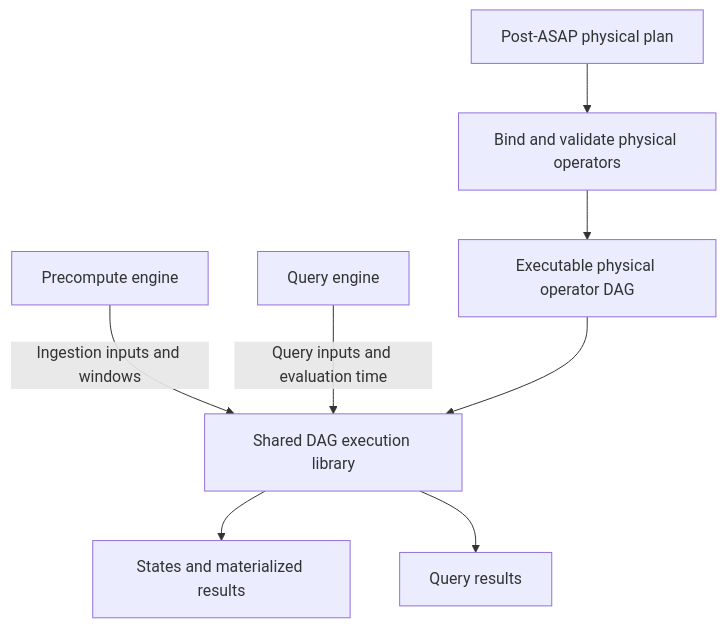
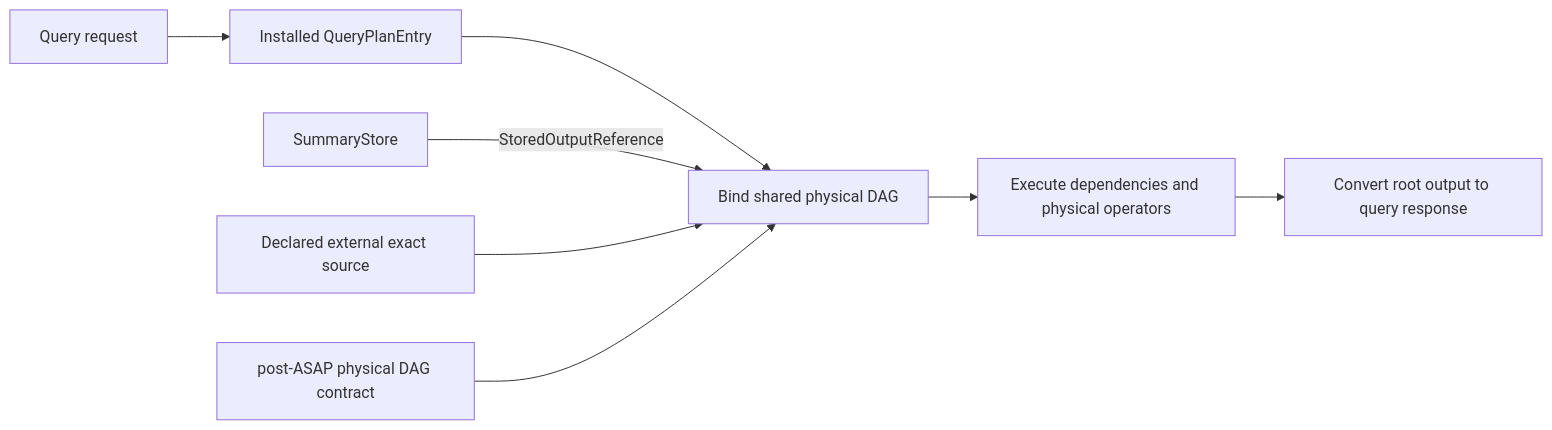
One commit to ProjectASAP/ASAPQuery-backend changed the diagram in docs/design_docs/query-dag-execution.md. Above: the diagram before and after it, drawn with Mermaid. The commit also changed other lines of this file and 16 other files, not shown here.

Commit message:
refactor: execute relation and temporal computations in Planner library

````diff
--- a/docs/design_docs/query-dag-execution.md
+++ b/docs/design_docs/query-dag-execution.md
@@ -70,10 +34,10 @@
 ```mermaid
-flowchart TB
-  Planner[Post-ASAP physical plan] --> Bind[Bind and validate physical operators]
-  Bind --> DAG[Executable physical operator DAG]
-  Precompute[Precompute engine] -->|Ingestion inputs and windows| Run[Shared DAG execution library]
-  Query[Query engine] -->|Query inputs and evaluation time| Run
-  DAG --> Run
-  Run --> States[States and materialized results]
-  Run --> Results[Query results]
+flowchart LR
+  Request[Query request] --> Entry[Installed QueryPlanEntry]
+  Entry --> Bind[Bind shared physical DAG]
+  Bind --> Run[Execute dependencies and physical operators]
+  Run --> Result[Convert root output to query response]
+  Store[SummaryStore] -->|StoredOutputReference| Bind
+  Exact[Declared external exact source] --> Bind
+  Planner[post-ASAP physical DAG contract] --> Bind
 ```
````
